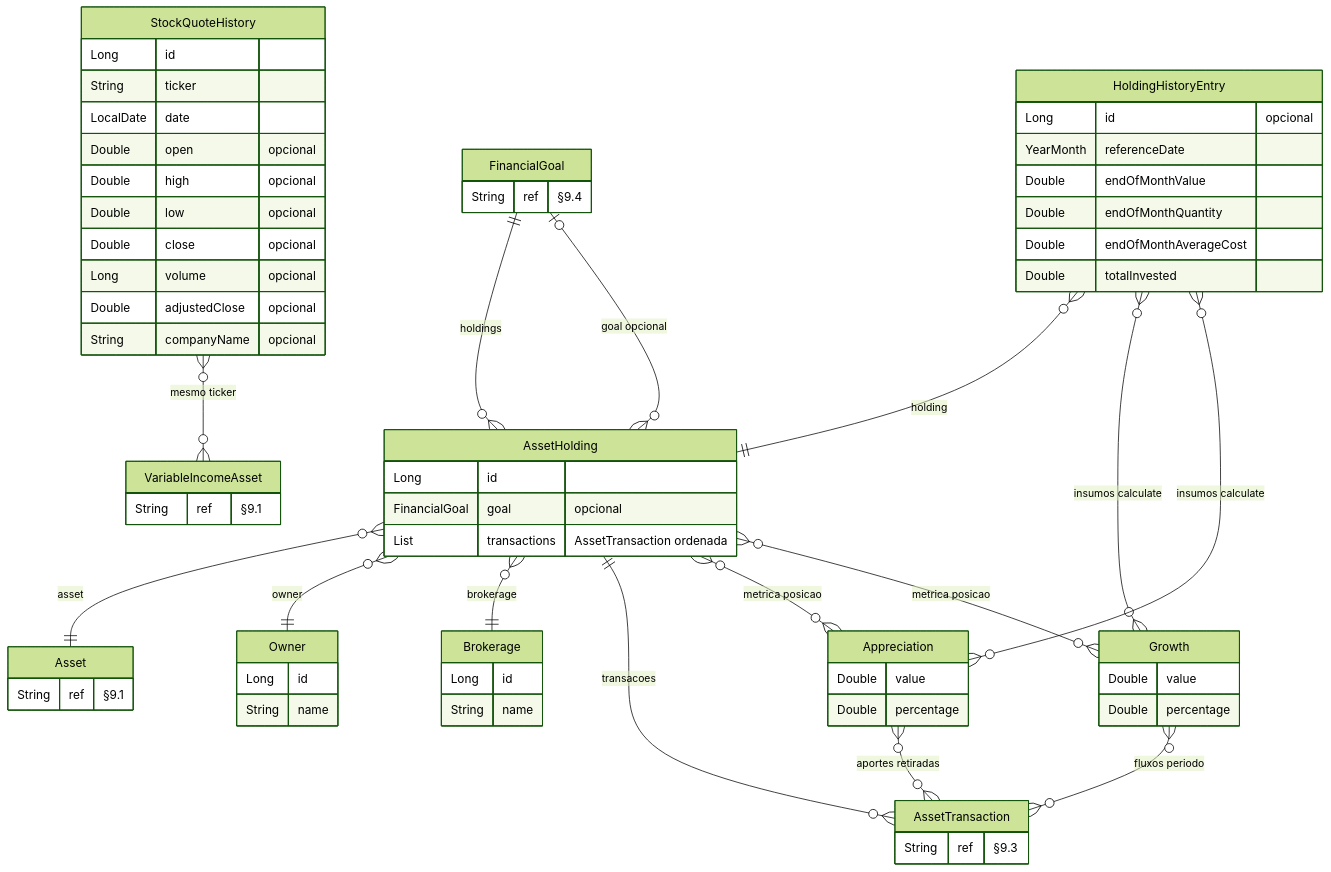
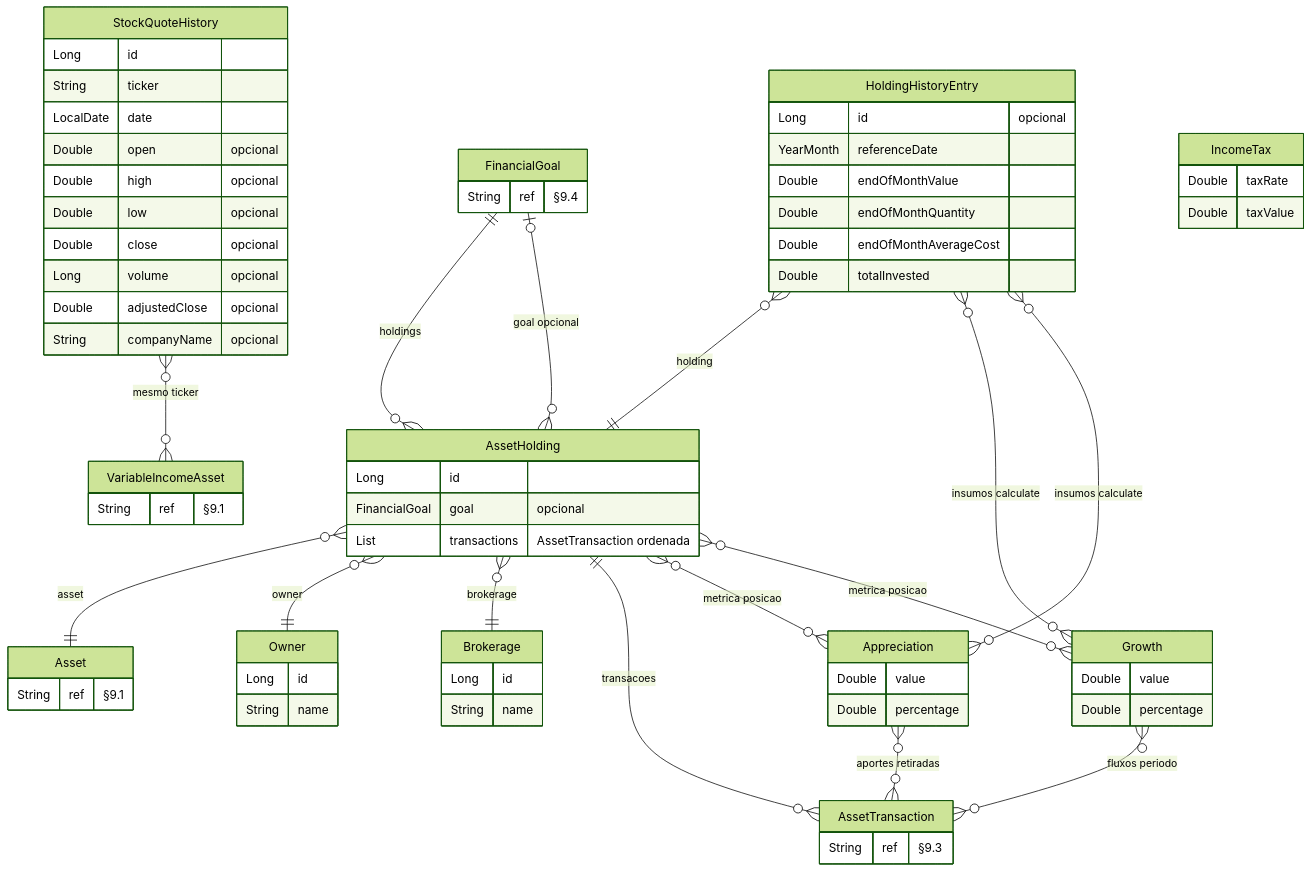
One commit to enirsilvaferraz/Investments-KMP changed the second of 5 diagrams in core/domain/entity/docs/DOMAIN.md. Above: the diagram before and after it, drawn with Mermaid (forest theme). The commit also changed other lines of this file and 11 other files, not shown here.

````diff
--- a/core/domain/entity/docs/DOMAIN.md
+++ b/core/domain/entity/docs/DOMAIN.md
@@ -167,70 +168,74 @@
 ```mermaid
 erDiagram
     Asset {
         String ref "§9.1"
     }
     FinancialGoal {
         String ref "§9.4"
     }
     VariableIncomeAsset {
         String ref "§9.1"
     }
     AssetTransaction {
         String ref "§9.3"
     }
     AssetHolding {
         Long id
         FinancialGoal goal "opcional"
         List transactions "AssetTransaction ordenada"
     }
     Owner {
         Long id
         String name
     }
     Brokerage {
         Long id
         String name
     }
     HoldingHistoryEntry {
         Long id "opcional"
         YearMonth referenceDate
         Double endOfMonthValue
         Double endOfMonthQuantity
         Double endOfMonthAverageCost
         Double totalInvested
     }
     StockQuoteHistory {
         Long id
         String ticker
         LocalDate date
         Double open "opcional"
         Double high "opcional"
         Double low "opcional"
         Double close "opcional"
         Long volume "opcional"
         Double adjustedClose "opcional"
         String companyName "opcional"
     }
     Appreciation {
         Double value
         Double percentage
     }
     Growth {
         Double value
         Double percentage
     }
+    IncomeTax {
+        Double taxRate
+        Double taxValue
+    }
     AssetHolding }o--|| Asset : "asset"
     AssetHolding }o--|| Owner : "owner"
     AssetHolding }o--|| Brokerage : "brokerage"
     AssetHolding }o--o| FinancialGoal : "goal opcional"
     FinancialGoal ||--o{ AssetHolding : "holdings"
     AssetHolding ||--o{ AssetTransaction : "transacoes"
     HoldingHistoryEntry }o--|| AssetHolding : "holding"
     HoldingHistoryEntry }o--o{ Growth : "insumos calculate"
     HoldingHistoryEntry }o--o{ Appreciation : "insumos calculate"
     AssetHolding }o--o{ Appreciation : "metrica posicao"
     AssetHolding }o--o{ Growth : "metrica posicao"
     Appreciation }o--o{ AssetTransaction : "aportes retiradas"
     Growth }o--o{ AssetTransaction : "fluxos periodo"
     StockQuoteHistory }o--o{ VariableIncomeAsset : "mesmo ticker"
 ```
````
